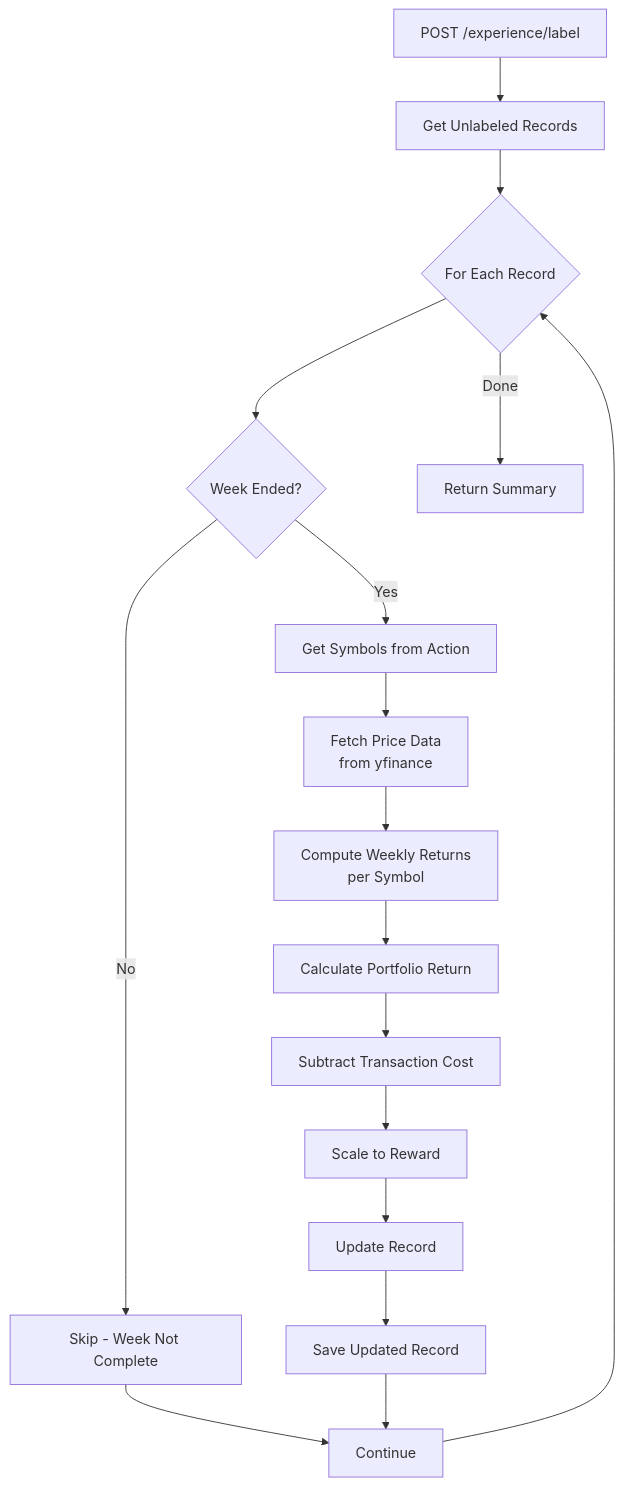
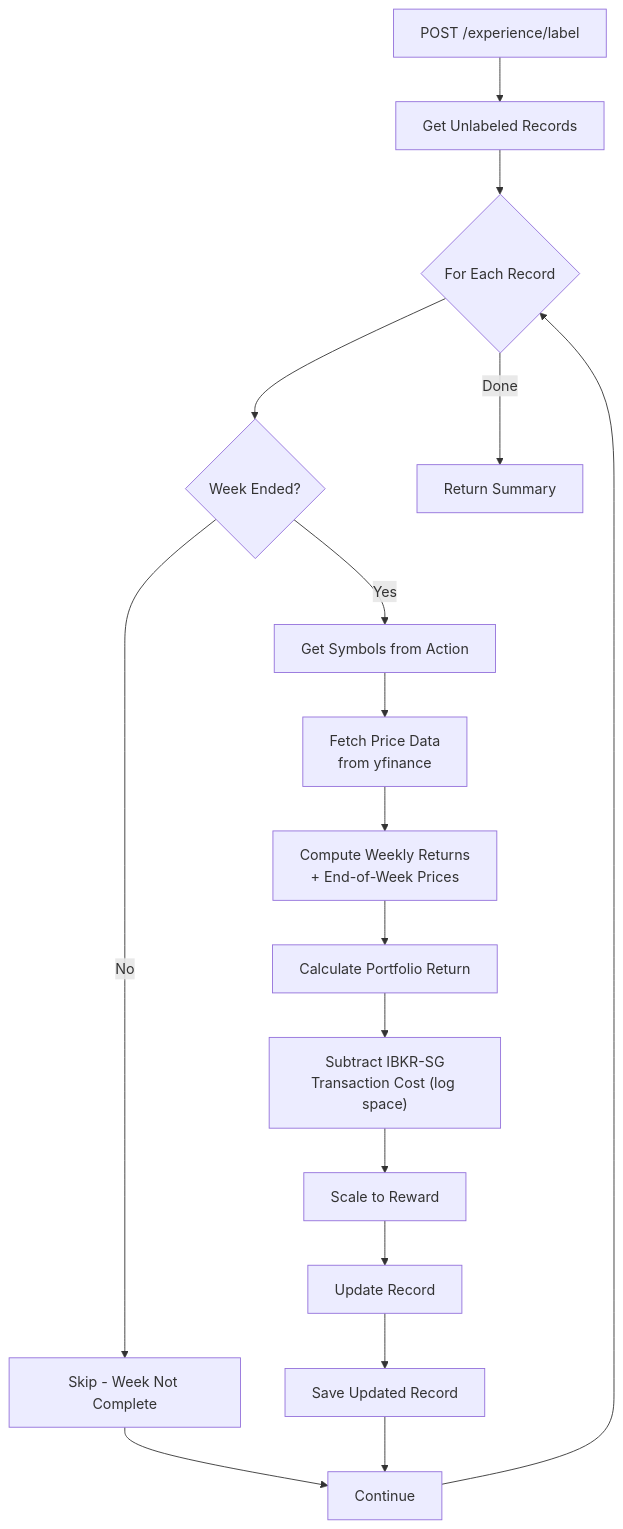
The third of 6 diagrams in brain_api/docs/flow_diagrams/experience.md (hajirazin/LearnFinance-2025), drawn with Mermaid before and after one commit. The commit also changed other lines of this file and 15 other files, not shown here.

````diff
--- a/brain_api/docs/flow_diagrams/experience.md
+++ b/brain_api/docs/flow_diagrams/experience.md
@@ -137,23 +137,23 @@
 ```mermaid
 flowchart TD
     A[POST /experience/label] --> B[Get Unlabeled Records]
     B --> C{For Each Record}
     
     C --> D{Week Ended?}
     D -->|No| E[Skip - Week Not Complete]
     D -->|Yes| F[Get Symbols from Action]
     
     F --> G[Fetch Price Data<br/>from yfinance]
-    G --> H[Compute Weekly Returns<br/>per Symbol]
+    G --> H[Compute Weekly Returns<br/>+ End-of-Week Prices]
     H --> I[Calculate Portfolio Return]
-    I --> J[Subtract Transaction Cost]
+    I --> J["Subtract IBKR-SG<br/>Transaction Cost (log space)"]
     J --> K[Scale to Reward]
     K --> L[Update Record]
     
     L --> M[Save Updated Record]
     E --> N[Continue]
     M --> N
     N --> C
     
     C -->|Done| O[Return Summary]
 ```
````
